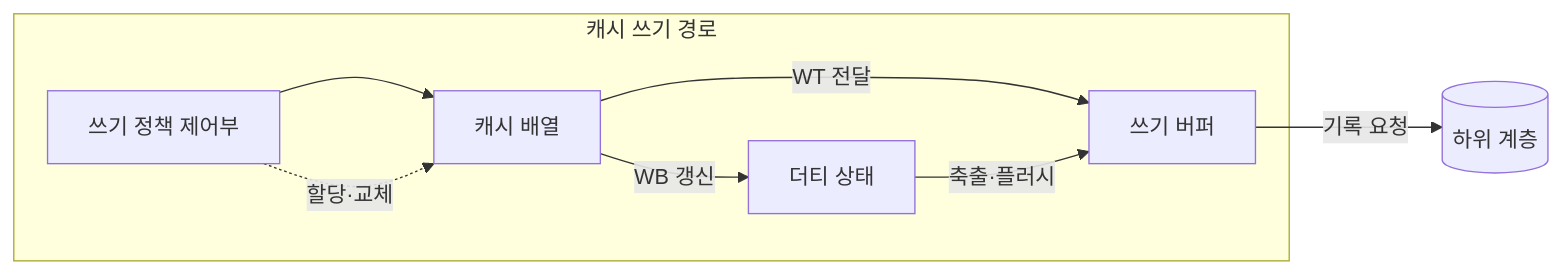
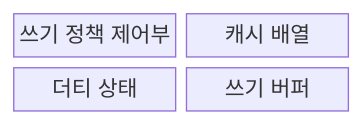
Before and after one commit to agnusdei1207/knowledge-base: the first of 2 diagrams in src/content/docs/notes/02-hardware/013_cache_write_policy.md, drawn with Mermaid. The commit also changed other lines of this file and 20 other files, not shown here.

````diff
--- a/src/content/docs/notes/02-hardware/013_cache_write_policy.md
+++ b/src/content/docs/notes/02-hardware/013_cache_write_policy.md
@@ -65,11 +63,8 @@
 ```mermaid
-flowchart LR
-    subgraph CW["캐시 쓰기 경로"]
-        P[쓰기 정책 제어부] --> A[캐시 배열]
-        A -->|WB 갱신| D[더티 상태]
-        A -->|WT 전달| W[쓰기 버퍼]
-        D -->|축출·플러시| W
-        P -. 할당·교체 .-> A
-    end
-    W -->|기록 요청| L[(하위 계층)]
+block
+    columns 2
+    P["쓰기 정책 제어부"]
+    A["캐시 배열"]
+    D["더티 상태"]
+    W["쓰기 버퍼"]
 ```
````
